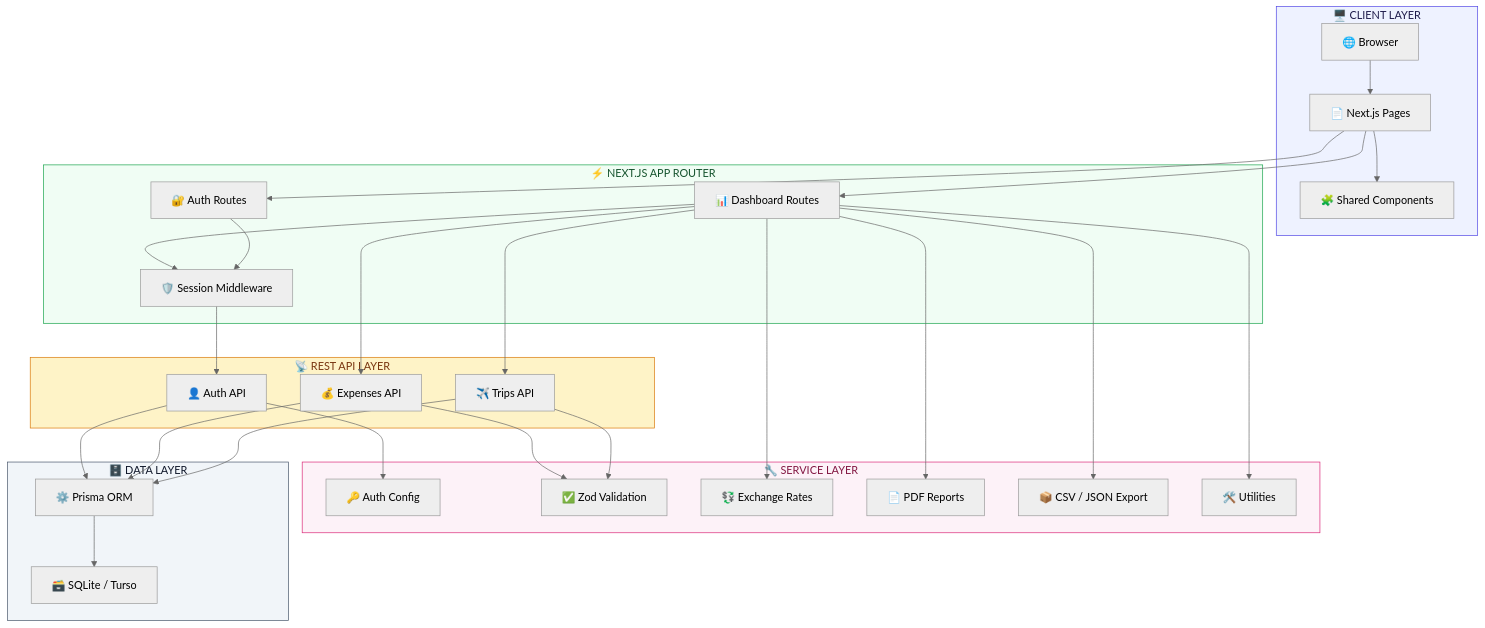
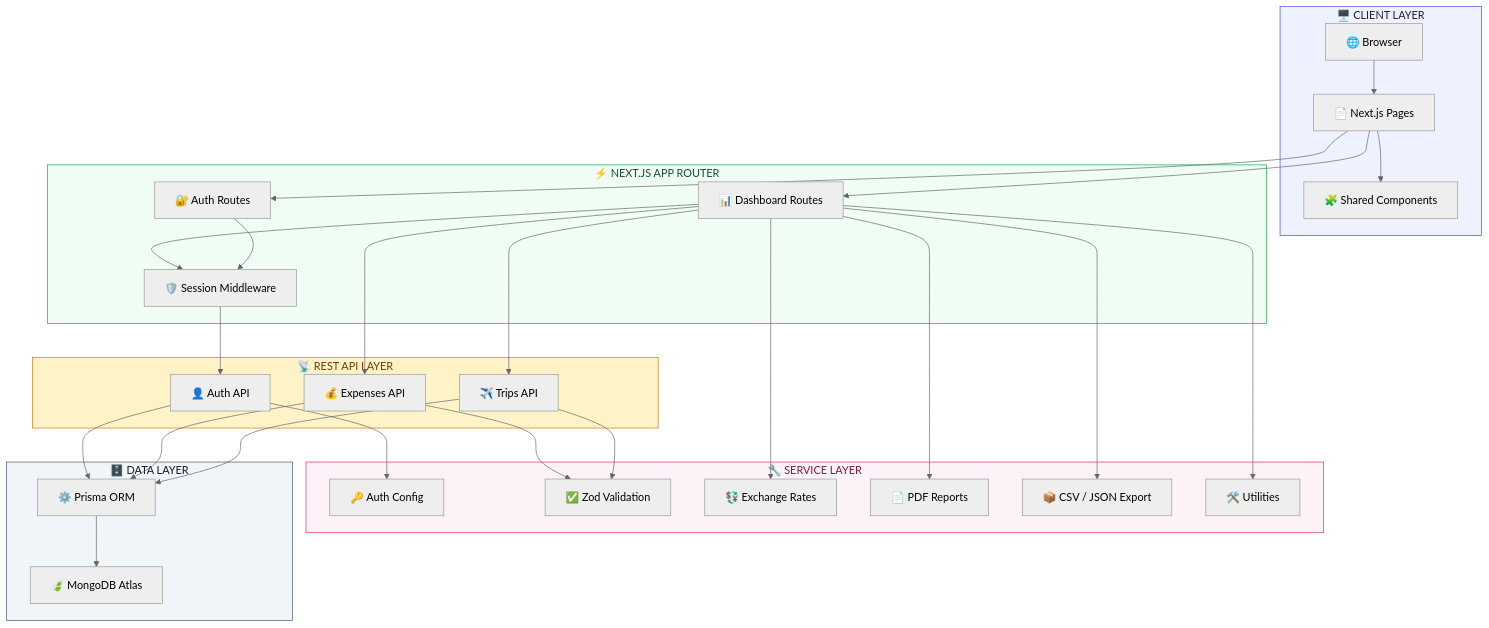
One commit to rajdivyansh965/TravelTrack changed the first of 3 diagrams in README.md. Above: the diagram before and after it, drawn with Mermaid (neutral theme). The commit also changed other lines of this file and 14 other files, not shown here.

First line of the commit message:
migrate from SQLite/Turso to MongoDB Atlas

````diff
--- a/README.md
+++ b/README.md
@@ -64,61 +64,61 @@
 ```mermaid
 graph TB
     subgraph Client["🖥️ CLIENT LAYER"]
         Browser["🌐 Browser"]
         Pages["📄 Next.js Pages"]
         Components["🧩 Shared Components"]
     end
 
     subgraph AppRouter["⚡ NEXT.JS APP ROUTER"]
         AuthGroup["🔐 Auth Routes"]
         DashGroup["📊 Dashboard Routes"]
         Middleware["🛡️ Session Middleware"]
     end
 
     subgraph API["📡 REST API LAYER"]
         AuthAPI["👤 Auth API"]
         TripsAPI["✈️ Trips API"]
         ExpensesAPI["💰 Expenses API"]
     end
 
     subgraph Services["🔧 SERVICE LAYER"]
         AuthLib["🔑 Auth Config"]
         Validation["✅ Zod Validation"]
         Currency["💱 Exchange Rates"]
         PDFExport["📄 PDF Reports"]
         DataExport["📦 CSV / JSON Export"]
         Utils["🛠️ Utilities"]
     end
 
     subgraph Data["🗄️ DATA LAYER"]
         PrismaClient["⚙️ Prisma ORM"]
-        SQLite["🗃️ SQLite / Turso"]
+        MongoDB["🍃 MongoDB Atlas"]
     end
 
     Browser --> Pages
     Pages --> Components
     Pages --> AuthGroup
     Pages --> DashGroup
     AuthGroup --> Middleware
     DashGroup --> Middleware
     Middleware --> AuthAPI
     DashGroup --> TripsAPI
     DashGroup --> ExpensesAPI
     AuthAPI --> AuthLib
     TripsAPI --> Validation
     ExpensesAPI --> Validation
     TripsAPI --> PrismaClient
     ExpensesAPI --> PrismaClient
     AuthAPI --> PrismaClient
     DashGroup --> Currency
     DashGroup --> PDFExport
     DashGroup --> DataExport
     DashGroup --> Utils
-    PrismaClient --> SQLite
+    PrismaClient --> MongoDB
 
     style Client fill:#eef2ff,stroke:#4f46e5,color:#1e1b4b
     style AppRouter fill:#f0fdf4,stroke:#16a34a,color:#14532d
     style API fill:#fef3c7,stroke:#d97706,color:#78350f
     style Services fill:#fdf2f8,stroke:#db2777,color:#831843
     style Data fill:#f1f5f9,stroke:#475569,color:#0f172a
 ```
````
